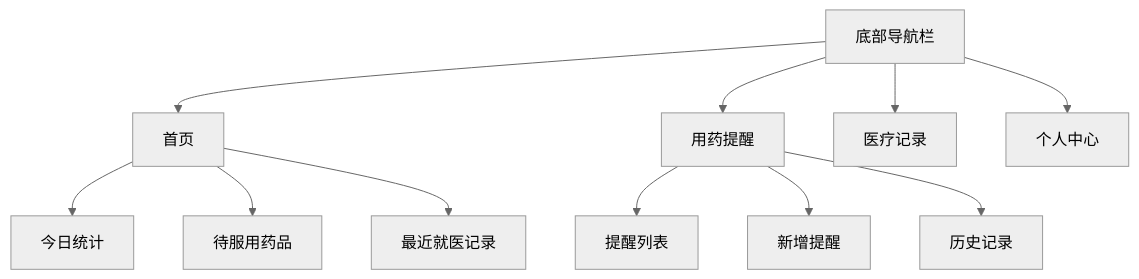
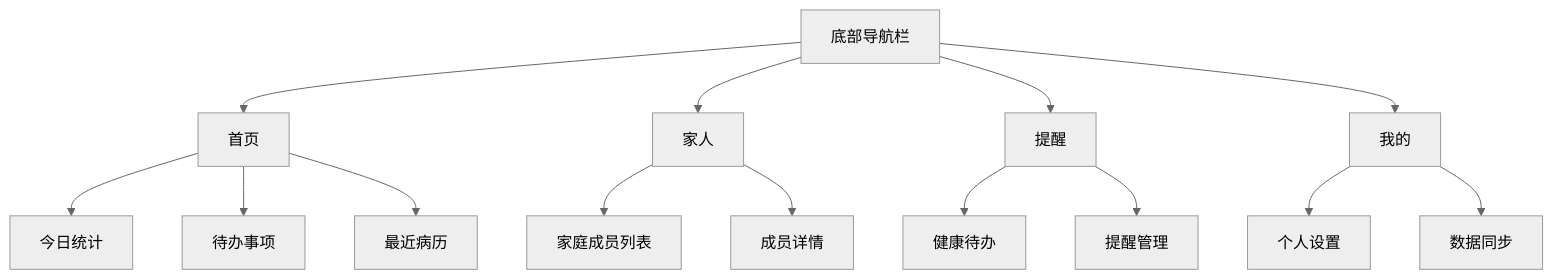
The fifth of 5 diagrams in DESIGN.md (adra2n/medtrace), drawn with Mermaid (neutral theme) before and after one commit. The commit also changed other lines of this file and 11 other files, not shown here.

````diff
--- a/DESIGN.md
+++ b/DESIGN.md
@@ -345,25 +291,16 @@
 ```mermaid
-
 graph TD
-
-A[底部导航栏] --> B[首页]
-
-A --> C[用药提醒]
-
-A --> D[医疗记录]
-
-A --> E[个人中心]
-
-B --> B1[今日统计]
-
-B --> B2[待服用药品]
-
-B --> B3[最近就医记录]
-
-C --> C1[提醒列表]
-
-C --> C2[新增提醒]
-
-C --> C3[历史记录]
-
+    A[底部导航栏] --> B[首页]
+    A --> C[家人]
+    A --> D[提醒]
+    A --> E[我的]
+    B --> B1[今日统计]
+    B --> B2[待办事项]
+    B --> B3[最近病历]
+    C --> C1[家庭成员列表]
+    C --> C2[成员详情]
+    D --> D1[健康待办]
+    D --> D2[提醒管理]
+    E --> E1[个人设置]
+    E --> E2[数据同步]
 ```
````
